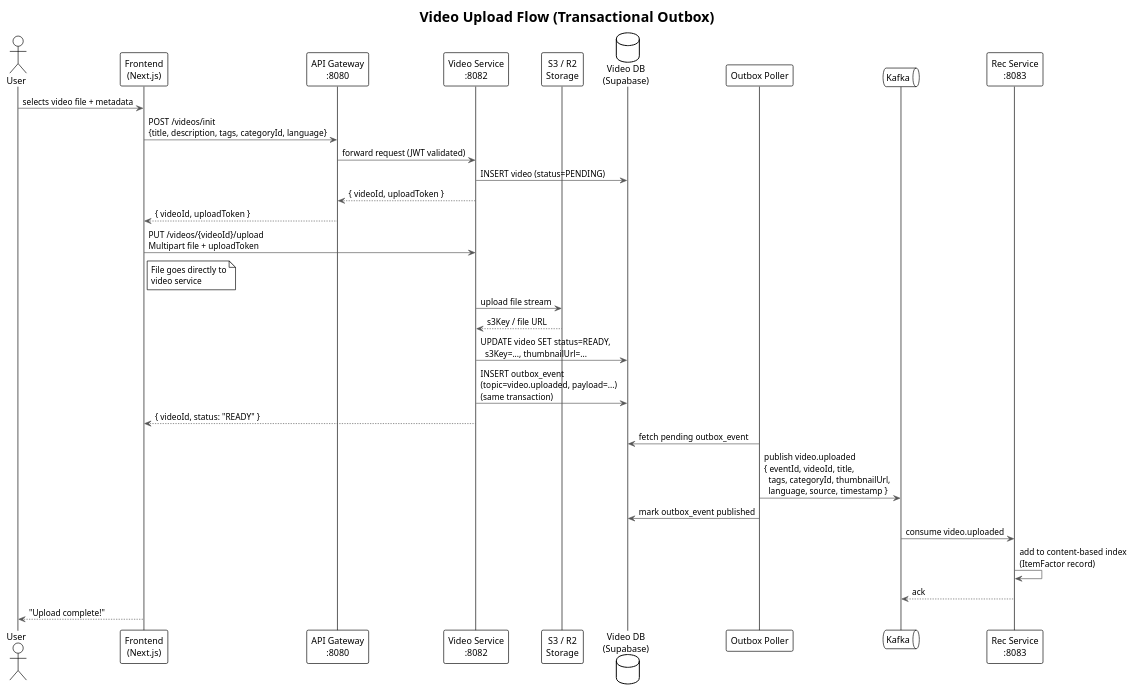
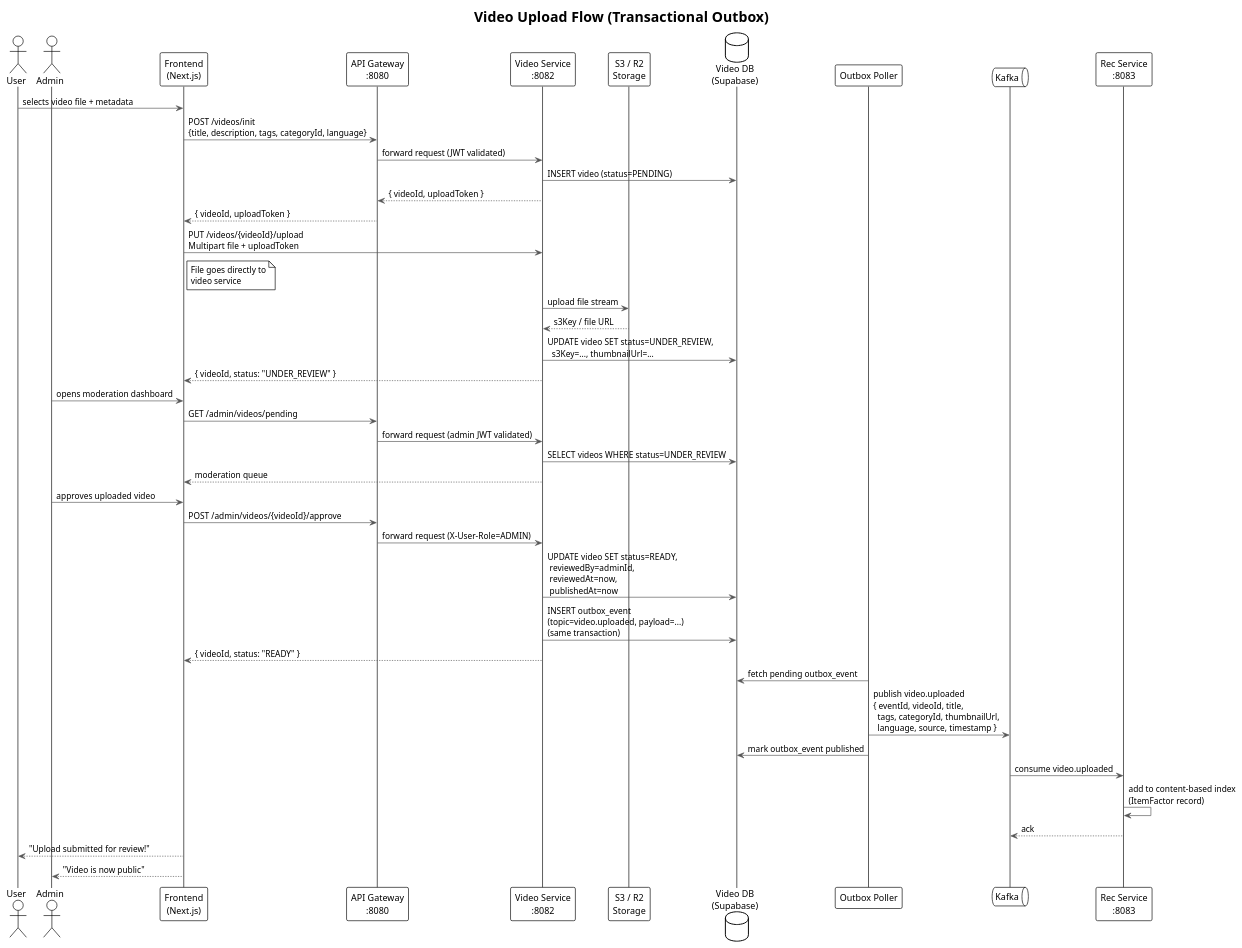
One commit to AmnsAmr/recommendation_sys changed the diagram in uml/05_sequence_upload.puml. Above: the diagram before and after it, drawn with PlantUML. The commit also changed 51 other files, not shown here.

Commit message:
added admin to uml diagrams and added admin endpoints to video-service and user-service

```diff
--- a/uml/05_sequence_upload.puml
+++ b/uml/05_sequence_upload.puml
@@ -1,47 +1,61 @@
 @startuml Video Upload -- Sequence Diagram
 !theme plain
 skinparam backgroundColor #FFFFFF
 skinparam defaultFontName Arial
 skinparam SequenceArrowColor #555555
 skinparam SequenceBoxBorderColor #888888
 
 title Video Upload Flow (Transactional Outbox)
 
 actor "User" as user
+actor "Admin" as admin
 participant "Frontend\n(Next.js)" as fe
 participant "API Gateway\n:8080" as gw
 participant "Video Service\n:8082" as vs
 participant "S3 / R2\nStorage" as s3
 database "Video DB\n(Supabase)" as db
 participant "Outbox Poller" as poller
 queue "Kafka" as kafka
 participant "Rec Service\n:8083" as rec
 
 user -> fe : selects video file + metadata
 
 fe -> gw : POST /videos/init\n{title, description, tags, categoryId, language}
 gw -> vs : forward request (JWT validated)
 vs -> db : INSERT video (status=PENDING)
 vs --> gw : { videoId, uploadToken }
 gw --> fe : { videoId, uploadToken }
 
 fe -> vs : PUT /videos/{videoId}/upload\nMultipart file + uploadToken
 note right of fe : File goes directly to\nvideo service
 
 vs -> s3 : upload file stream
 s3 --> vs : s3Key / file URL
-vs -> db : UPDATE video SET status=READY,\n  s3Key=..., thumbnailUrl=...
+vs -> db : UPDATE video SET status=UNDER_REVIEW,\n  s3Key=..., thumbnailUrl=...
+vs --> fe : { videoId, status: "UNDER_REVIEW" }
+
+admin -> fe : opens moderation dashboard
+fe -> gw : GET /admin/videos/pending
+gw -> vs : forward request (admin JWT validated)
+vs -> db : SELECT videos WHERE status=UNDER_REVIEW
+vs --> fe : moderation queue
+
+admin -> fe : approves uploaded video
+fe -> gw : POST /admin/videos/{videoId}/approve
+gw -> vs : forward request (X-User-Role=ADMIN)
+vs -> db : UPDATE video SET status=READY,\n reviewedBy=adminId,\n reviewedAt=now,\n publishedAt=now
 vs -> db : INSERT outbox_event\n(topic=video.uploaded, payload=...)\n(same transaction)
 vs --> fe : { videoId, status: "READY" }
 
 poller -> db : fetch pending outbox_event
 poller -> kafka : publish video.uploaded\n{ eventId, videoId, title,\n  tags, categoryId, thumbnailUrl,\n  language, source, timestamp }
 poller -> db : mark outbox_event published
 
 kafka -> rec : consume video.uploaded
 rec -> rec : add to content-based index\n(ItemFactor record)
 rec --> kafka : ack
 
-fe --> user : "Upload complete!"
+fe --> user : "Upload submitted for review!"
+fe --> admin : "Video is now public"
 
 @enduml
```
